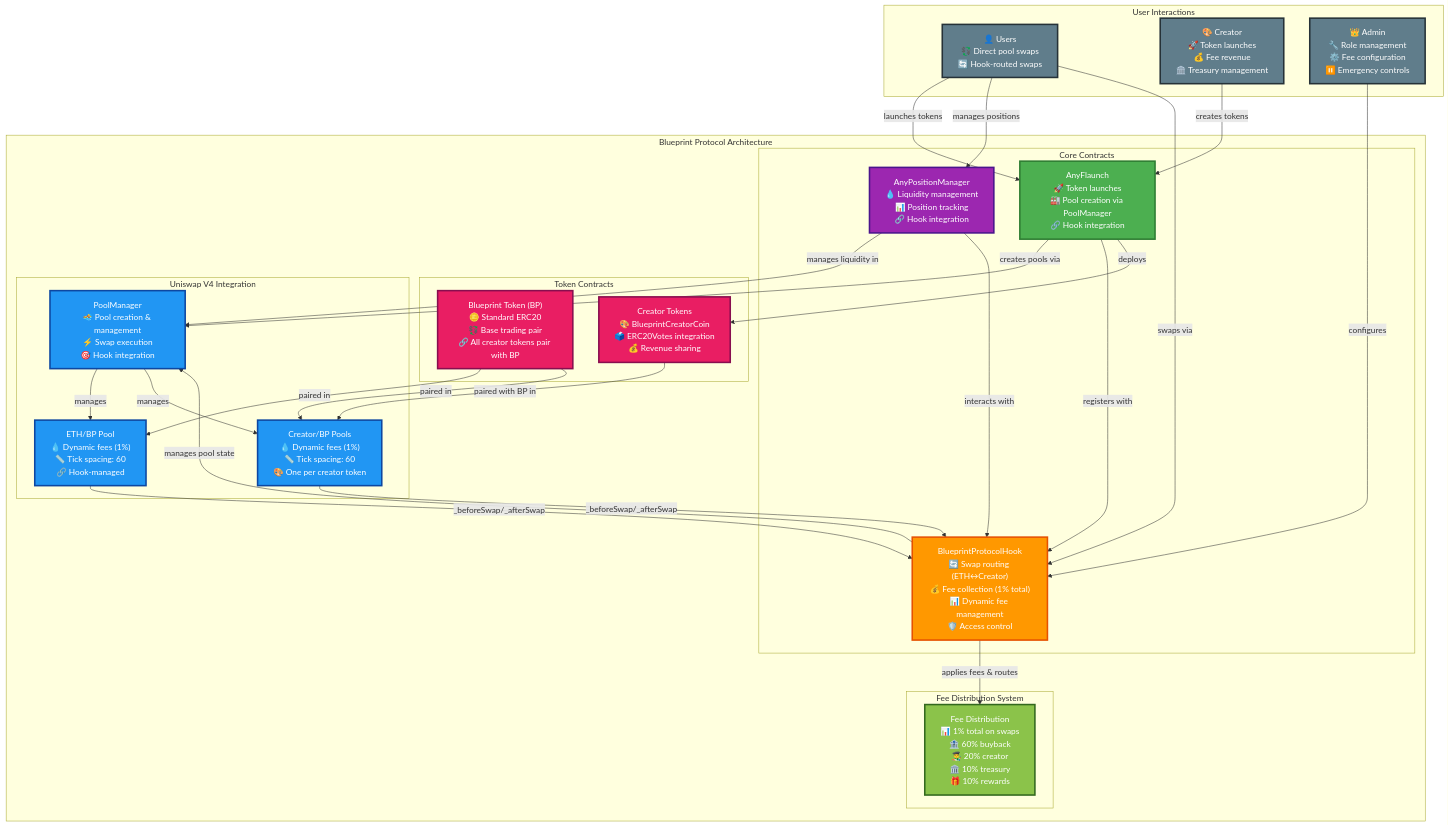
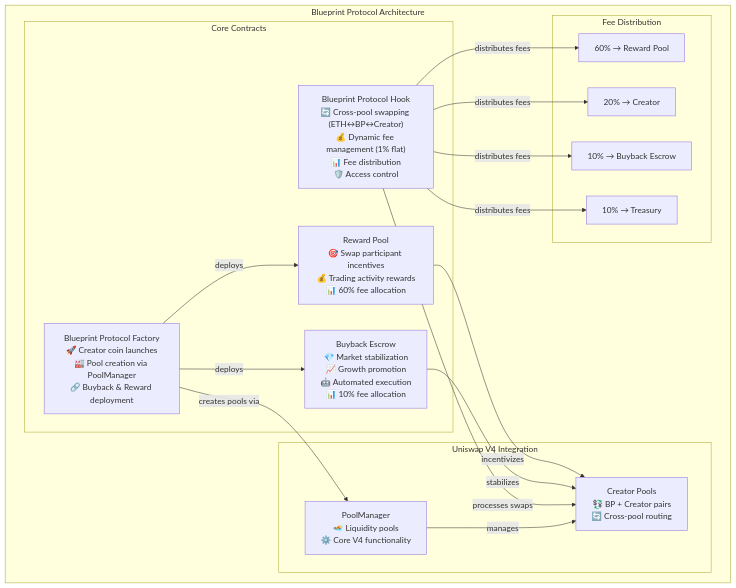
Before and after one commit to BelloSights/blueprint-protocol: the diagram in .cursor/rules/BlueprintProtocol.mdc, drawn with Mermaid. The commit also changed other lines of this file and 1 other file, not shown here.

Commit message:
(Blueprint): update README

````diff
--- a/.cursor/rules/BlueprintProtocol.mdc
+++ b/.cursor/rules/BlueprintProtocol.mdc
@@ -11,78 +11,35 @@
 ```mermaid
 graph TB
     subgraph "Blueprint Protocol Architecture"
         subgraph "Core Contracts"
-            AnyFlaunch["AnyFlaunch<br/>🚀 Token launches<br/>🏭 Pool creation via PoolManager<br/>🔗 Hook integration"]
-            Hook["BlueprintProtocolHook<br/>🔄 Swap routing (ETH↔Creator)<br/>💰 Fee collection (1% total)<br/>📊 Dynamic fee management<br/>🛡️ Access control"]
-            PositionManager["AnyPositionManager<br/>💧 Liquidity management<br/>📊 Position tracking<br/>🔗 Hook integration"]
-        end
-        
-        subgraph "Token Contracts"
-            BP["Blueprint Token (BP)<br/>🪙 Standard ERC20<br/>💱 Base trading pair<br/>🔗 All creator tokens pair with BP"]
-            CreatorTokens["Creator Tokens<br/>🎨 BlueprintCreatorCoin<br/>🗳️ ERC20Votes integration<br/>💰 Revenue sharing"]
+            Factory["Blueprint Protocol Factory<br/>🚀 Creator coin launches<br/>🏭 Pool creation via PoolManager<br/>🔗 Buyback & Reward deployment"]
+            Hook["Blueprint Protocol Hook<br/>🔄 Cross-pool swapping (ETH↔BP↔Creator)<br/>💰 Dynamic fee management (1% flat)<br/>📊 Fee distribution<br/>🛡️ Access control"]
+            Buyback["Buyback Escrow<br/>💎 Market stabilization<br/>📈 Growth promotion<br/>🤖 Automated execution<br/>📊 10% fee allocation"]
+            Rewards["Reward Pool<br/>🎯 Swap participant incentives<br/>💰 Trading activity rewards<br/>📊 60% fee allocation"]
         end
         
         subgraph "Uniswap V4 Integration"
-            PoolManager["PoolManager<br/>🏊 Pool creation & management<br/>⚡ Swap execution<br/>🎯 Hook integration"]
-            EthBpPool["ETH/BP Pool<br/>💧 Dynamic fees (1%)<br/>📏 Tick spacing: 60<br/>🔗 Hook-managed"]
-            CreatorPools["Creator/BP Pools<br/>💧 Dynamic fees (1%)<br/>📏 Tick spacing: 60<br/>🎨 One per creator token"]
+            PoolManager["PoolManager<br/>🏊 Liquidity pools<br/>⚙️ Core V4 functionality"]
+            Pools["Creator Pools<br/>💱 BP + Creator pairs<br/>🔄 Cross-pool routing"]
         end
         
-        subgraph "Fee Distribution System"
-            FeeDistribution["Fee Distribution<br/>📊 1% total on swaps<br/>🏦 60% buyback<br/>👨‍🎨 20% creator<br/>🏛️ 10% treasury<br/>🎁 10% rewards"]
+        subgraph "Fee Distribution"
+            RewardDist["60% → Reward Pool"]
+            CreatorDist["20% → Creator"]
+            BuybackDist["10% → Buyback Escrow"] 
+            TreasuryDist["10% → Treasury"]
         end
     end
     
-    subgraph "User Interactions"
-        User["👤 Users<br/>💱 Direct pool swaps<br/>🔄 Hook-routed swaps"]
-        Creator["🎨 Creator<br/>🚀 Token launches<br/>💰 Fee revenue<br/>🏛️ Treasury management"]
-        Admin["👑 Admin<br/>🔧 Role management<br/>⚙️ Fee configuration<br/>⏸️ Emergency controls"]
-    end
-    
-    %% Core relationships
-    AnyFlaunch -->|"creates pools via"| PoolManager
-    AnyFlaunch -->|"registers with"| Hook
-    AnyFlaunch -->|"deploys"| CreatorTokens
-    
-    PositionManager -->|"manages liquidity in"| PoolManager
-    PositionManager -->|"interacts with"| Hook
-    
-    %% Pool relationships
-    PoolManager -->|"manages"| EthBpPool
-    PoolManager -->|"manages"| CreatorPools
-    EthBpPool -->|"_beforeSwap/_afterSwap"| Hook
-    CreatorPools -->|"_beforeSwap/_afterSwap"| Hook
-    
-    %% Hook functionality
-    Hook -->|"applies fees & routes"| FeeDistribution
-    Hook -->|"manages pool state"| PoolManager
-    
-    %% Token relationships
-    BP -->|"paired in"| EthBpPool
-    BP -->|"paired in"| CreatorPools
-    CreatorTokens -->|"paired with BP in"| CreatorPools
-    
-    %% User interactions
-    User -->|"launches tokens"| AnyFlaunch
-    User -->|"manages positions"| PositionManager
-    User -->|"swaps via"| Hook
-    Creator -->|"creates tokens"| AnyFlaunch
-    Admin -->|"configures"| Hook
-    
-    %% Styling
-    classDef factory fill:#4CAF50,stroke:#2E7D32,stroke-width:3px,color:#fff
-    classDef hook fill:#FF9800,stroke:#E65100,stroke-width:3px,color:#fff
-    classDef manager fill:#9C27B0,stroke:#4A148C,stroke-width:3px,color:#fff
-    classDef pool fill:#2196F3,stroke:#0D47A1,stroke-width:3px,color:#fff
-    classDef token fill:#E91E63,stroke:#880E4F,stroke-width:3px,color:#fff
-    classDef fee fill:#8BC34A,stroke:#33691E,stroke-width:3px,color:#fff
-    classDef user fill:#607D8B,stroke:#263238,stroke-width:3px,color:#fff
-    
-    class AnyFlaunch factory
-    class Hook hook
-    class PositionManager manager
-    class PoolManager,EthBpPool,CreatorPools pool
-    class BP,CreatorTokens token
-    class FeeDistribution fee
-    class User,Admin,Creator user
+    Factory -->|deploys| Buyback
+    Factory -->|deploys| Rewards
+    Factory -->|creates pools via| PoolManager
+    PoolManager -->|manages| Pools
+    Hook -->|processes swaps| Pools
+    Hook -->|distributes fees| RewardDist
+    Hook -->|distributes fees| CreatorDist
+    Hook -->|distributes fees| BuybackDist
+    Hook -->|distributes fees| TreasuryDist
+    Buyback -->|stabilizes| Pools
+    Rewards -->|incentivizes| Pools
 ```
````
